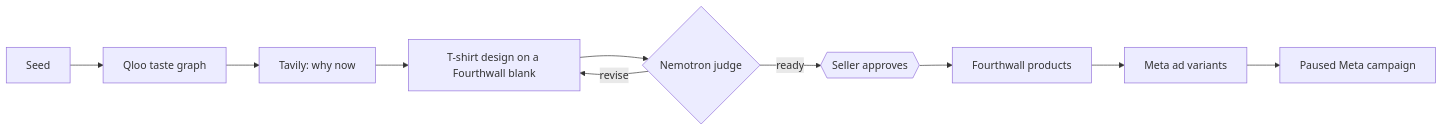
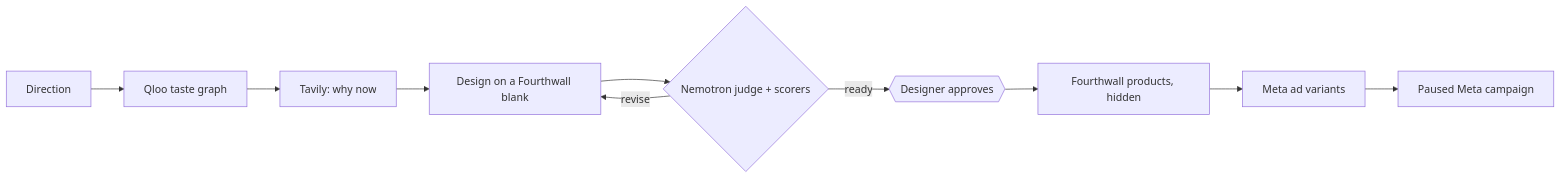
One commit to sami-m-g/wovain changed the diagram in docs/scope.md. Above: the diagram before and after it, drawn with Mermaid. The commit also changed other lines of this file and 2 other files, not shown here.

````diff
--- a/docs/scope.md
+++ b/docs/scope.md
@@ -24,12 +26,12 @@
 ```mermaid
 flowchart LR
-  S[Seed] --> Q[Qloo taste graph]
+  S[Direction] --> Q[Qloo taste graph]
   Q --> T[Tavily: why now]
-  T --> D[T-shirt design on a Fourthwall blank]
-  D --> J{Nemotron judge}
+  T --> D[Design on a Fourthwall blank]
+  D --> J{Nemotron judge + scorers}
   J -- revise --> D
-  J -- ready --> A{{Seller approves}}
-  A --> P[Fourthwall products]
+  J -- ready --> A{{Designer approves}}
+  A --> P[Fourthwall products, hidden]
   P --> V[Meta ad variants]
   V --> C[Paused Meta campaign]
 ```
````
